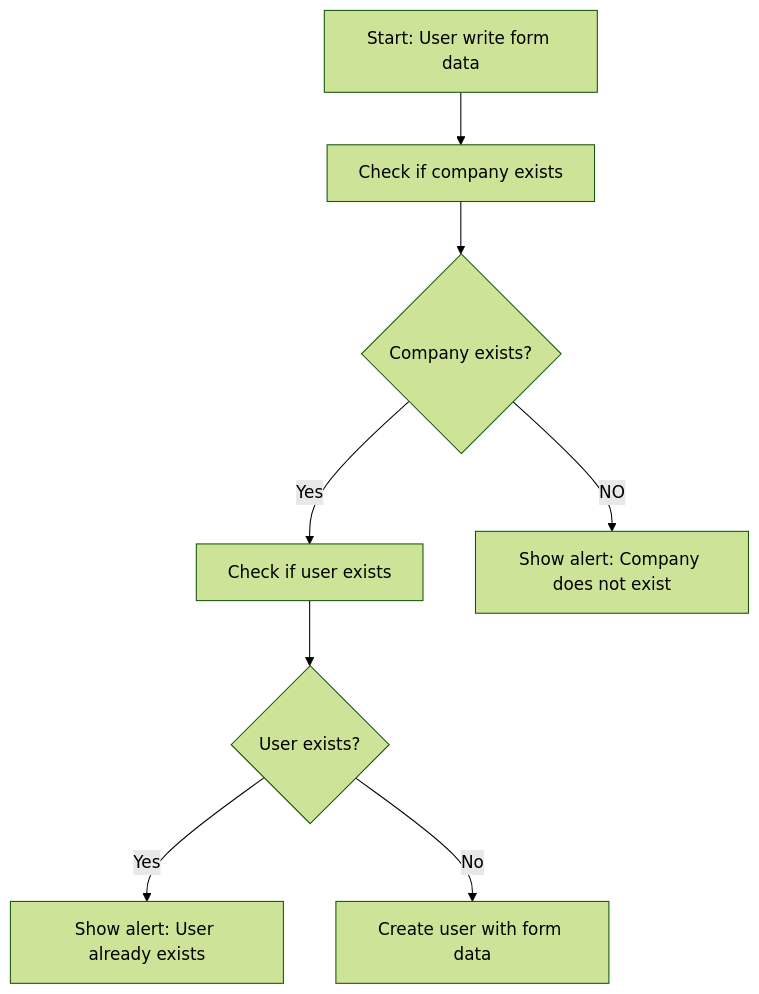
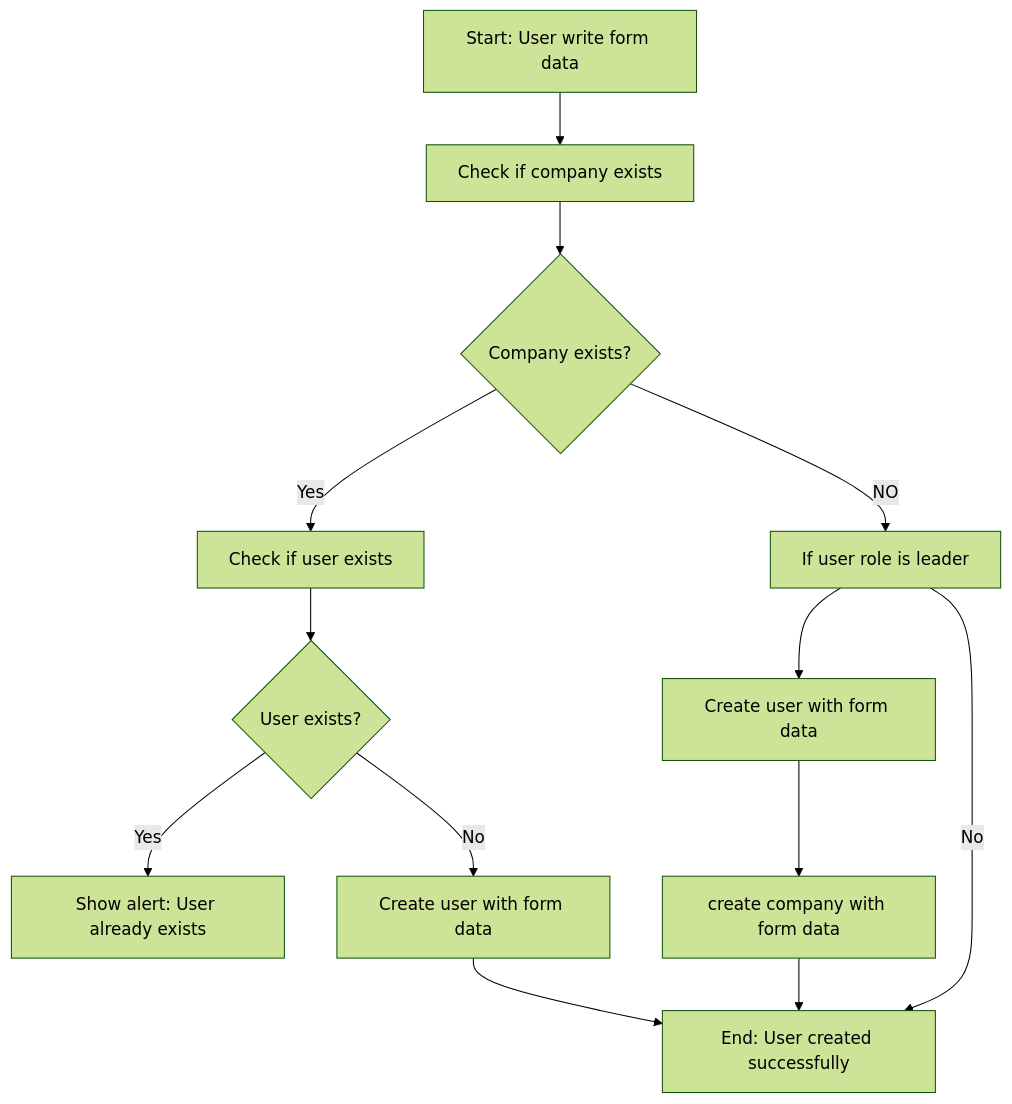
Before and after one commit to eiendomsverket/eiendomsverket-react: the first of 2 diagrams in src/app/sign-up/sign-up-flow.md, drawn with Mermaid (forest theme). The commit also changed 3 other files, not shown here.

Commit message:
Created a new flow with user signup in case user is a leader

````diff
--- a/src/app/sign-up/sign-up-flow.md
+++ b/src/app/sign-up/sign-up-flow.md
@@ -8,10 +8,15 @@
 ```mermaid
 flowchart TD
     A[Start: User write form data] --> B[Check if company exists]
     B --> C{Company exists?}
     C -- Yes --> D[Check if user exists]
-    C -- NO --> E[Show alert: Company does not exist]
+    C -- NO --> E[If user role is leader]
+    E --> J["Create user with form data"]
+    J --> K["create company with form data"]
+    K -->I 
+    E -- No --> I[Show alert: Company does not exist]
     D --> F{User exists?}
-    F -- Yes --> G[Show alert: User already exists]
-    F -- No --> H[Create user with form data]
+F -- Yes --> G[Show alert: User already exists]
+F -- No --> H[Create user with form data]
+H --> I[End: User created successfully]
 ```
````
